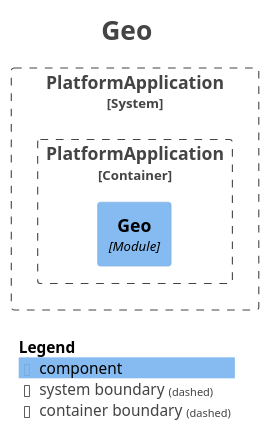
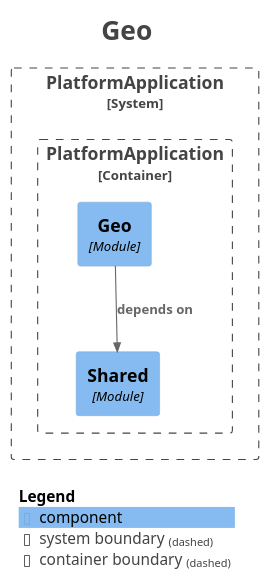
One commit to Asiman77/HistoryAsAGame changed the diagram in docs/modules/module-geo.puml. Above: the diagram before and after it, drawn with PlantUML. The commit also changed 20 other files, not shown here.

```diff
--- a/docs/modules/module-geo.puml
+++ b/docs/modules/module-geo.puml
@@ -1,27 +1,30 @@
 @startuml
 title <size:24>Geo</size>
 
 set separator none
 top to bottom direction
 
 <style>
   root {
     BackgroundColor: #ffffff
     FontColor: #444444
   }
 </style>
 
 !include <C4/C4>
 !include <C4/C4_Context>
 !include <C4/C4_Component>
 
 System_Boundary("PlatformApplication_boundary", "PlatformApplication", $tags="") {
   Container_Boundary("PlatformApplication.PlatformApplication_boundary", "PlatformApplication", $tags="") {
+    Component(PlatformApplication.PlatformApplication.Shared, "Shared", $techn="Module", $descr="", $tags="", $link="")
     Component(PlatformApplication.PlatformApplication.Geo, "Geo", $techn="Module", $descr="", $tags="", $link="")
   }
 
 }
 
+Rel(PlatformApplication.PlatformApplication.Geo, PlatformApplication.PlatformApplication.Shared, "depends on", $techn="", $tags="", $link="")
+
 SHOW_LEGEND(true)
 hide stereotypes
 @enduml
```
